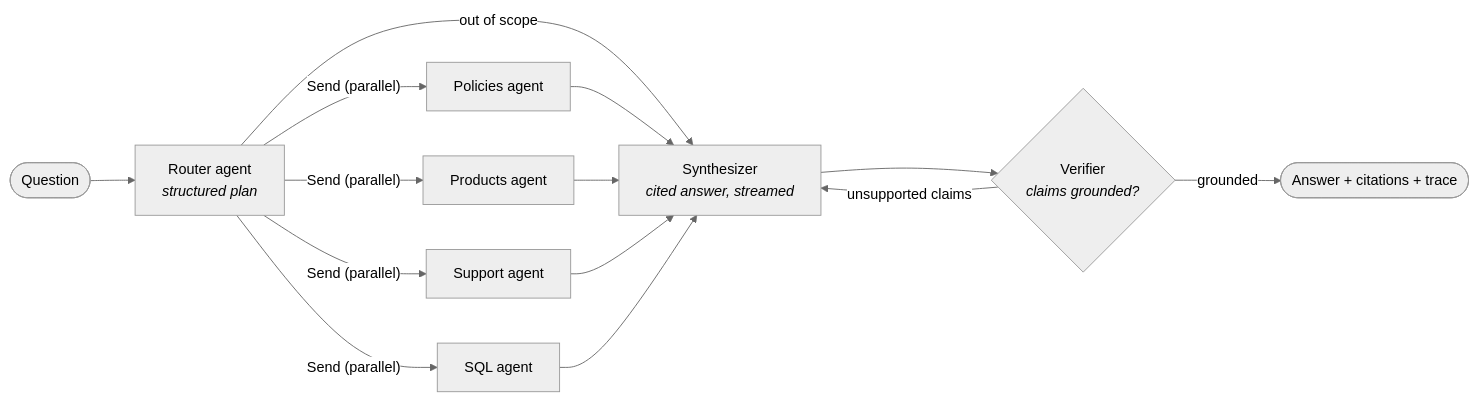
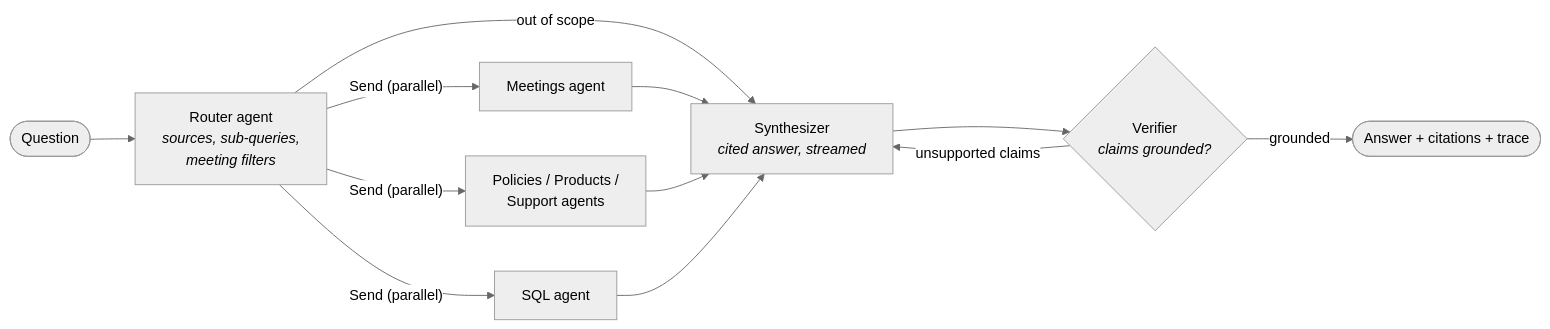
Before and after one commit to alexandreryba/meetrag: the first of 2 diagrams in README.md, drawn with Mermaid (neutral theme). The commit also changed other lines of this file and 5 other files, not shown here.

````diff
--- a/README.md
+++ b/README.md
@@ -75,13 +90,12 @@
 ```mermaid
 flowchart LR
-    Q([Question]) --> R["Router agent<br/><i>structured plan</i>"]
-    R -- "Send (parallel)" --> D1["Policies agent"]
-    R -- "Send (parallel)" --> D2["Products agent"]
-    R -- "Send (parallel)" --> D3["Support agent"]
+    Q([Question]) --> R["Router agent<br/><i>sources, sub-queries,<br/>meeting filters</i>"]
+    R -- "Send (parallel)" --> M["Meetings agent"]
+    R -- "Send (parallel)" --> D["Policies / Products /<br/>Support agents"]
     R -- "Send (parallel)" --> SQL["SQL agent"]
     R -- "out of scope" --> SY
-    D1 & D2 & D3 & SQL --> SY["Synthesizer<br/><i>cited answer, streamed</i>"]
+    M & D & SQL --> SY["Synthesizer<br/><i>cited answer, streamed</i>"]
     SY --> V{"Verifier<br/><i>claims grounded?</i>"}
     V -- "unsupported claims" --> SY
     V -- "grounded" --> A([Answer + citations + trace])
 ```
````
